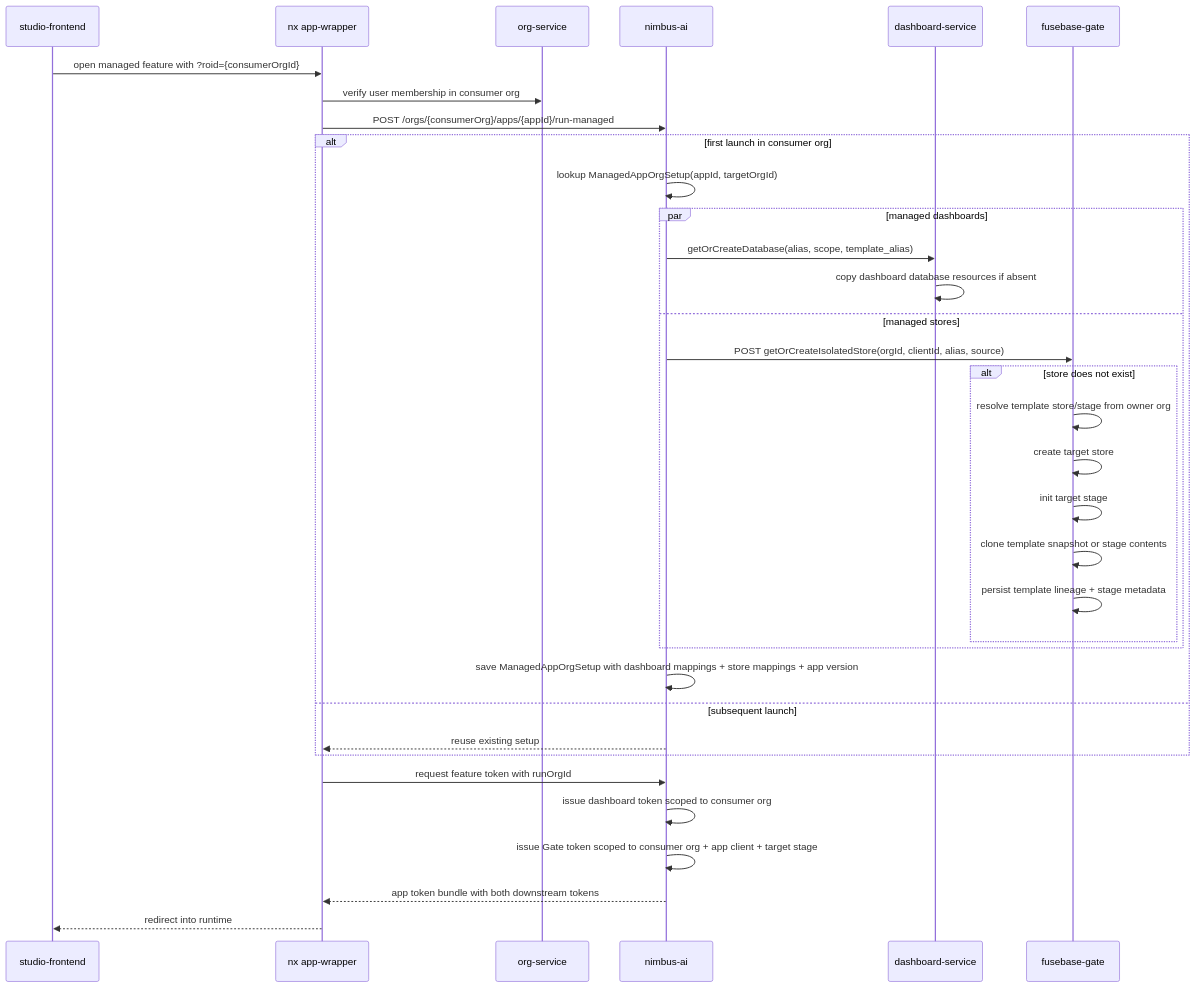
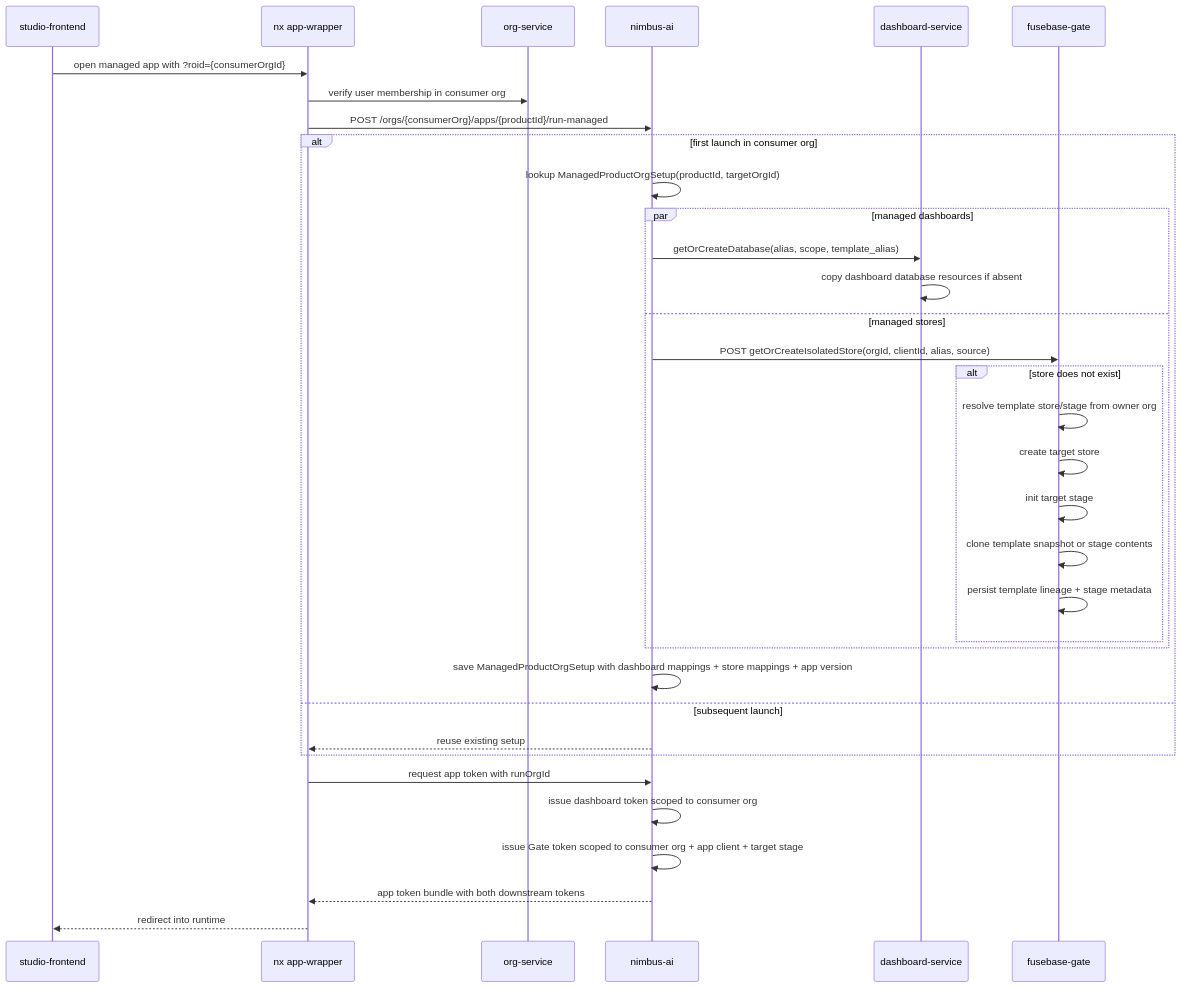
One commit to fusebase-dev/fusebase-cli changed the second of 2 diagrams in docs/managed-apps-flow.md. Above: the diagram before and after it, drawn with Mermaid. The commit also changed other lines of this file and 113 other files, not shown here.

````diff
--- a/docs/managed-apps-flow.md
+++ b/docs/managed-apps-flow.md
@@ -536,39 +536,39 @@
 ```mermaid
 sequenceDiagram
     participant Studio as studio-frontend
     participant Wrap as nx app-wrapper
     participant Org as org-service
     participant NAI as nimbus-ai
     participant Dash as dashboard-service
     participant Gate as fusebase-gate
 
-    Studio->>Wrap: open managed feature with ?roid={consumerOrgId}
+    Studio->>Wrap: open managed app with ?roid={consumerOrgId}
     Wrap->>Org: verify user membership in consumer org
-    Wrap->>NAI: POST /orgs/{consumerOrg}/apps/{appId}/run-managed
+    Wrap->>NAI: POST /orgs/{consumerOrg}/apps/{productId}/run-managed
 
     alt first launch in consumer org
-        NAI->>NAI: lookup ManagedAppOrgSetup(appId, targetOrgId)
+        NAI->>NAI: lookup ManagedProductOrgSetup(productId, targetOrgId)
         par managed dashboards
             NAI->>Dash: getOrCreateDatabase(alias, scope, template_alias)
             Dash->>Dash: copy dashboard database resources if absent
         and managed stores
             NAI->>Gate: POST getOrCreateIsolatedStore(orgId, clientId, alias, source)
             alt store does not exist
                 Gate->>Gate: resolve template store/stage from owner org
                 Gate->>Gate: create target store
                 Gate->>Gate: init target stage
                 Gate->>Gate: clone template snapshot or stage contents
                 Gate->>Gate: persist template lineage + stage metadata
             end
         end
-        NAI->>NAI: save ManagedAppOrgSetup with dashboard mappings + store mappings + app version
+        NAI->>NAI: save ManagedProductOrgSetup with dashboard mappings + store mappings + app version
     else subsequent launch
         NAI-->>Wrap: reuse existing setup
     end
 
-    Wrap->>NAI: request feature token with runOrgId
+    Wrap->>NAI: request app token with runOrgId
     NAI->>NAI: issue dashboard token scoped to consumer org
     NAI->>NAI: issue Gate token scoped to consumer org + app client + target stage
     NAI-->>Wrap: app token bundle with both downstream tokens
     Wrap-->>Studio: redirect into runtime
 ```
````
